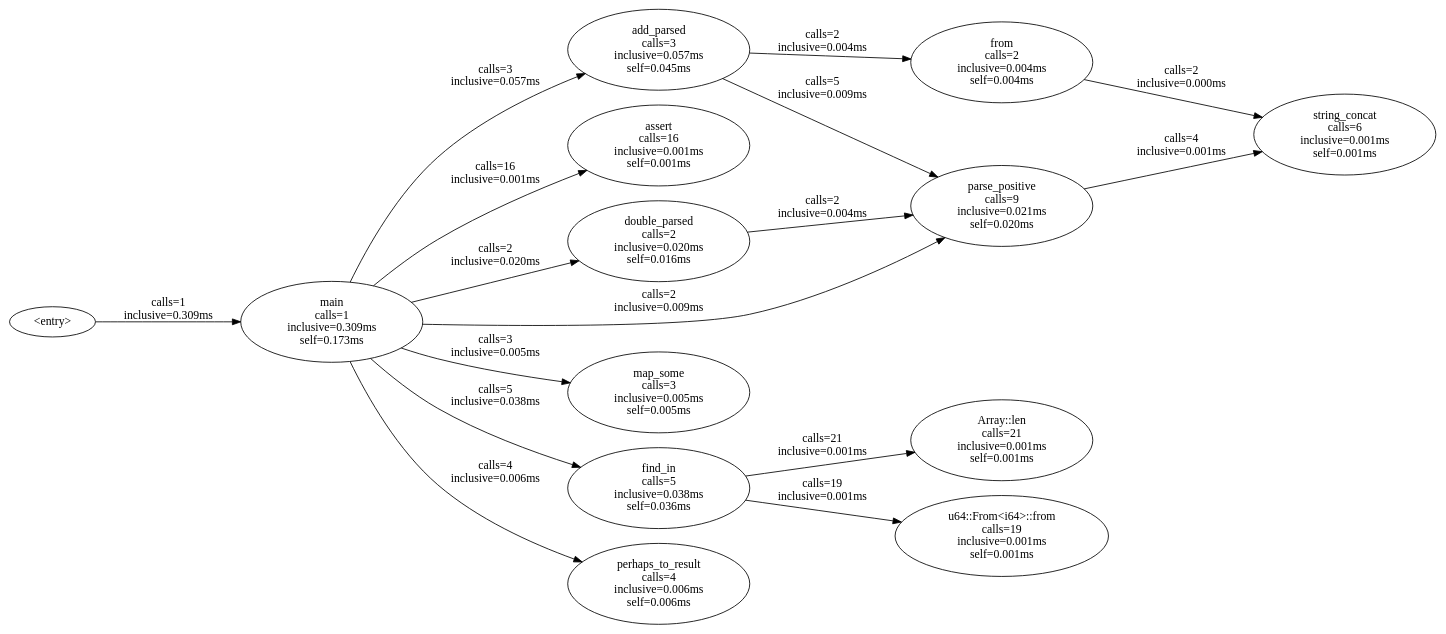
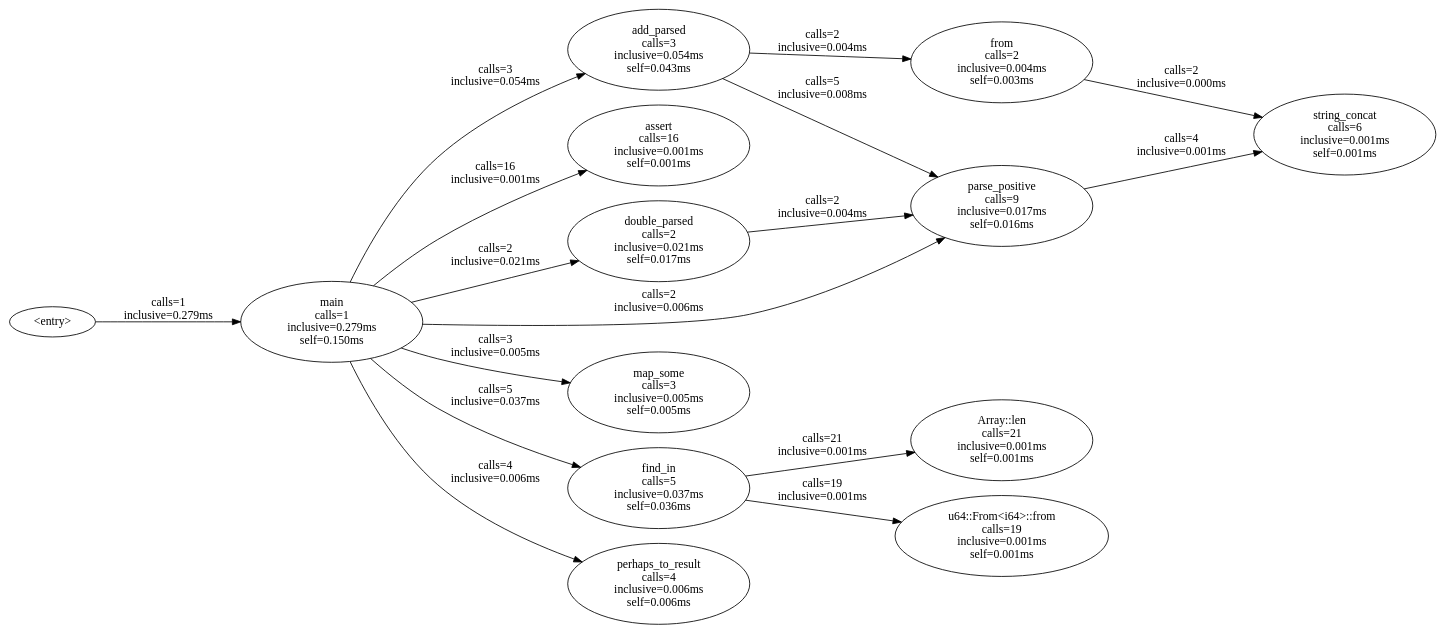
Before and after one commit to gust-lang/gust: the diagram in metel-interpreter/docs/benchmarks/v0.8.2-evaluator-integration/int_08_std_core_paths.mtl.callgraph.dot, drawn with Graphviz. The commit also changed 30 other files, not shown here.

```diff
--- a/metel-interpreter/docs/benchmarks/v0.8.2-evaluator-integration/int_08_std_core_paths.mtl.callgraph.dot
+++ b/metel-interpreter/docs/benchmarks/v0.8.2-evaluator-integration/int_08_std_core_paths.mtl.callgraph.dot
@@ -1,30 +1,30 @@
 digraph metel_callgraph {
   rankdir=LR;
   "Array::len" [label="Array::len\ncalls=21\ninclusive=0.001ms\nself=0.001ms"];
-  "add_parsed" [label="add_parsed\ncalls=3\ninclusive=0.057ms\nself=0.045ms"];
+  "add_parsed" [label="add_parsed\ncalls=3\ninclusive=0.054ms\nself=0.043ms"];
   "assert" [label="assert\ncalls=16\ninclusive=0.001ms\nself=0.001ms"];
-  "double_parsed" [label="double_parsed\ncalls=2\ninclusive=0.020ms\nself=0.016ms"];
-  "find_in" [label="find_in\ncalls=5\ninclusive=0.038ms\nself=0.036ms"];
-  "from" [label="from\ncalls=2\ninclusive=0.004ms\nself=0.004ms"];
-  "main" [label="main\ncalls=1\ninclusive=0.309ms\nself=0.173ms"];
+  "double_parsed" [label="double_parsed\ncalls=2\ninclusive=0.021ms\nself=0.017ms"];
+  "find_in" [label="find_in\ncalls=5\ninclusive=0.037ms\nself=0.036ms"];
+  "from" [label="from\ncalls=2\ninclusive=0.004ms\nself=0.003ms"];
+  "main" [label="main\ncalls=1\ninclusive=0.279ms\nself=0.150ms"];
   "map_some" [label="map_some\ncalls=3\ninclusive=0.005ms\nself=0.005ms"];
-  "parse_positive" [label="parse_positive\ncalls=9\ninclusive=0.021ms\nself=0.020ms"];
+  "parse_positive" [label="parse_positive\ncalls=9\ninclusive=0.017ms\nself=0.016ms"];
   "perhaps_to_result" [label="perhaps_to_result\ncalls=4\ninclusive=0.006ms\nself=0.006ms"];
   "string_concat" [label="string_concat\ncalls=6\ninclusive=0.001ms\nself=0.001ms"];
   "u64::From<i64>::from" [label="u64::From<i64>::from\ncalls=19\ninclusive=0.001ms\nself=0.001ms"];
-  "<entry>" -> "main" [label="calls=1\ninclusive=0.309ms"];
+  "<entry>" -> "main" [label="calls=1\ninclusive=0.279ms"];
   "add_parsed" -> "from" [label="calls=2\ninclusive=0.004ms"];
-  "add_parsed" -> "parse_positive" [label="calls=5\ninclusive=0.009ms"];
+  "add_parsed" -> "parse_positive" [label="calls=5\ninclusive=0.008ms"];
   "double_parsed" -> "parse_positive" [label="calls=2\ninclusive=0.004ms"];
   "find_in" -> "Array::len" [label="calls=21\ninclusive=0.001ms"];
   "find_in" -> "u64::From<i64>::from" [label="calls=19\ninclusive=0.001ms"];
   "from" -> "string_concat" [label="calls=2\ninclusive=0.000ms"];
-  "main" -> "add_parsed" [label="calls=3\ninclusive=0.057ms"];
+  "main" -> "add_parsed" [label="calls=3\ninclusive=0.054ms"];
   "main" -> "assert" [label="calls=16\ninclusive=0.001ms"];
-  "main" -> "double_parsed" [label="calls=2\ninclusive=0.020ms"];
-  "main" -> "find_in" [label="calls=5\ninclusive=0.038ms"];
+  "main" -> "double_parsed" [label="calls=2\ninclusive=0.021ms"];
+  "main" -> "find_in" [label="calls=5\ninclusive=0.037ms"];
   "main" -> "map_some" [label="calls=3\ninclusive=0.005ms"];
-  "main" -> "parse_positive" [label="calls=2\ninclusive=0.009ms"];
+  "main" -> "parse_positive" [label="calls=2\ninclusive=0.006ms"];
   "main" -> "perhaps_to_result" [label="calls=4\ninclusive=0.006ms"];
   "parse_positive" -> "string_concat" [label="calls=4\ninclusive=0.001ms"];
 }
```
